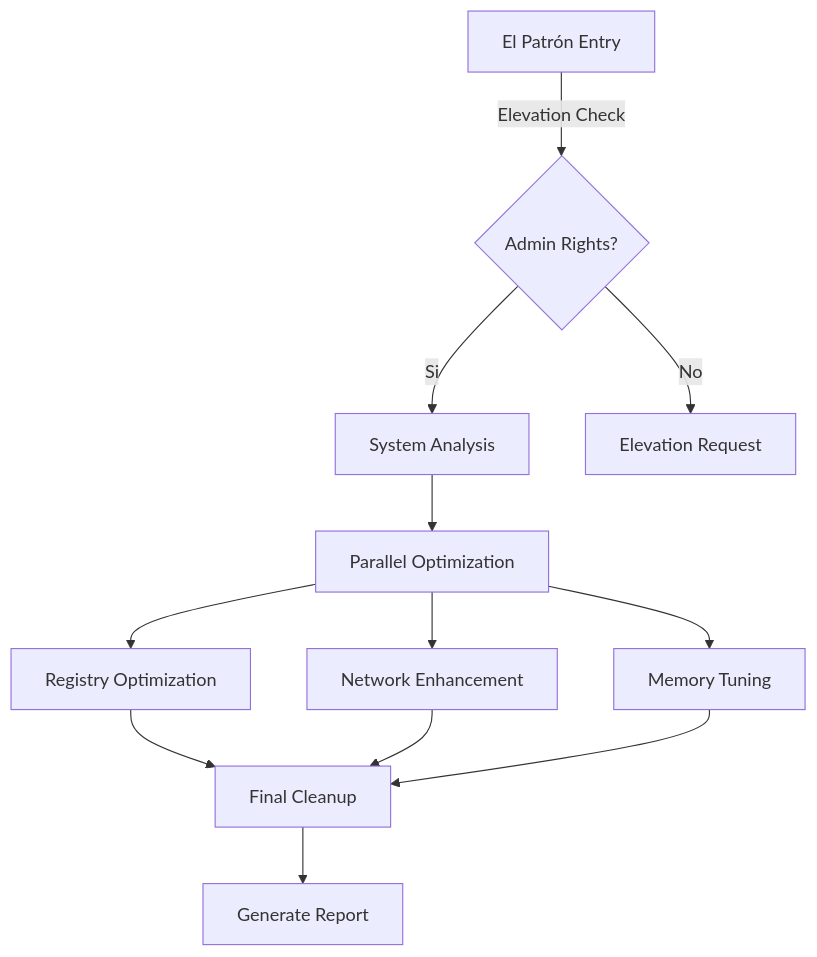
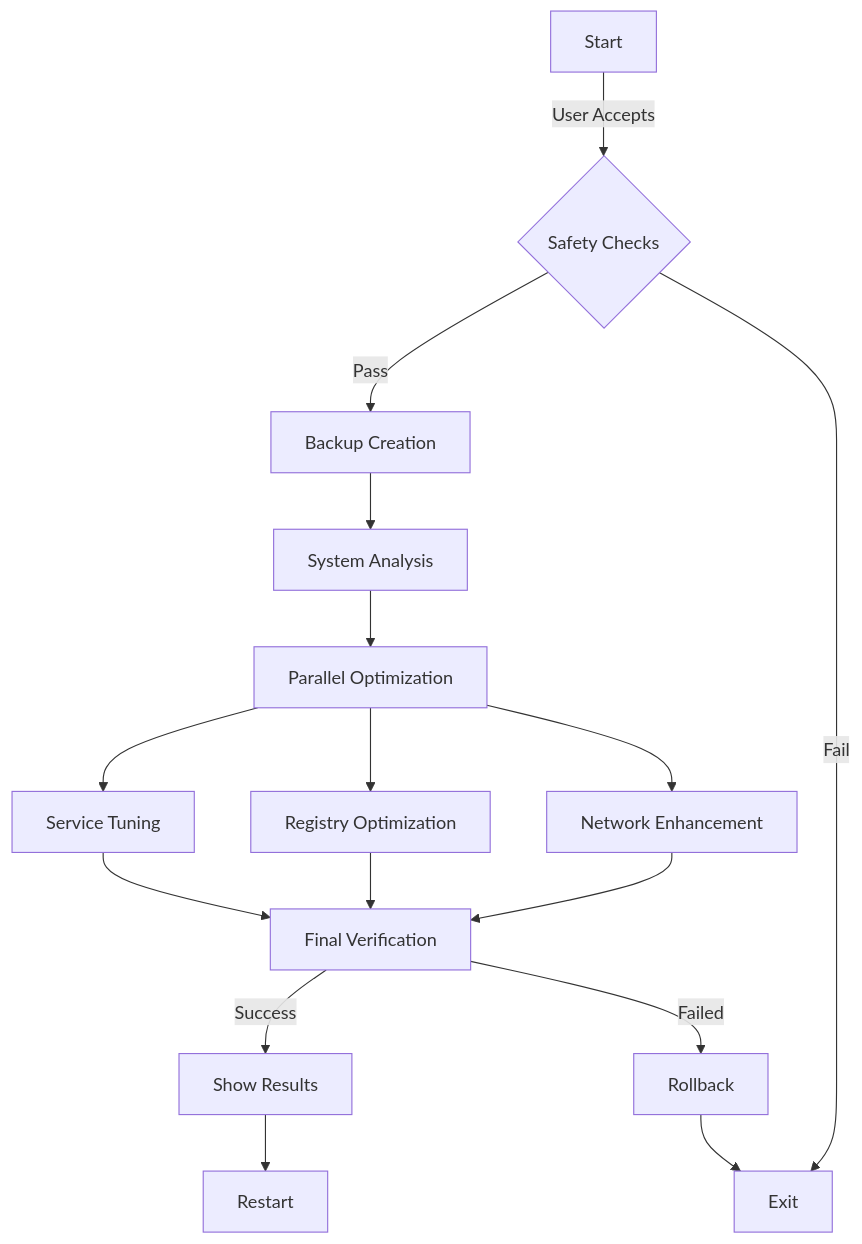
The first of 2 diagrams in README.md (donpablonows/winfast), drawn with Mermaid before and after one commit. The commit also changed other lines of this file, not shown here.

````diff
--- a/README.md
+++ b/README.md
@@ -122,14 +130,18 @@
 ```mermaid
 graph TD
-    A[El Patrón Entry] -->|Elevation Check| B{Admin Rights?}
-    B -->|Si| C[System Analysis]
-    B -->|No| D[Elevation Request]
-    C --> E[Parallel Optimization]
-    E --> F[Registry Optimization]
-    E --> G[Network Enhancement]
-    E --> H[Memory Tuning]
-    F --> I[Final Cleanup]
+    A[Start] -->|User Accepts| B{Safety Checks}
+    B -->|Pass| C[Backup Creation]
+    B -->|Fail| M[Exit]
+    C --> D[System Analysis]
+    D --> E[Parallel Optimization]
+    E --> F[Service Tuning]
+    E --> G[Registry Optimization]
+    E --> H[Network Enhancement]
+    F --> I[Final Verification]
     G --> I
     H --> I
-    I --> J[Generate Report]
+    I -->|Success| J[Show Results]
+    I -->|Failed| K[Rollback]
+    J --> L[Restart]
+    K --> M
 ```
````
